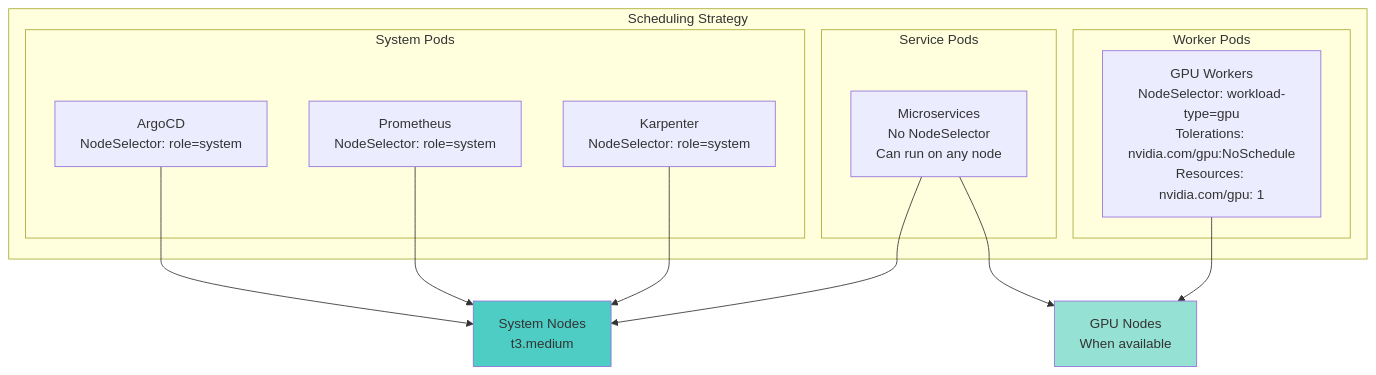
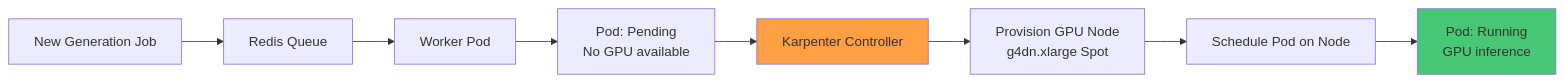
Before and after one commit to Pinksea-AI/InvokeAI: the sixth of 15 diagrams in docs/final-architecture/01-aws-architecture-diagram.md, drawn with Mermaid. The commit also changed other lines of this file, not shown here.

First line of the commit message:
fix: Simplify Mermaid diagrams in AWS architecture document

````diff
--- a/docs/final-architecture/01-aws-architecture-diagram.md
+++ b/docs/final-architecture/01-aws-architecture-diagram.md
@@ -384,30 +267,13 @@
 ```mermaid
-graph TB
-    subgraph "Scheduling Strategy"
-        subgraph "System Pods"
-            SP1[ArgoCD<br/>NodeSelector: role=system]
-            SP2[Prometheus<br/>NodeSelector: role=system]
-            SP3[Karpenter<br/>NodeSelector: role=system]
-        end
+graph LR
+    Job[New Generation Job] --> Queue[Redis Queue]
+    Queue --> Worker[Worker Pod]
+    Worker --> Pending[Pod: Pending<br/>No GPU available]
+    Pending --> Karpenter[Karpenter Controller]
+    Karpenter --> Provision[Provision GPU Node<br/>g4dn.xlarge Spot]
+    Provision --> Schedule[Schedule Pod on Node]
+    Schedule --> Running[Pod: Running<br/>GPU inference]
 
-        subgraph "Service Pods"
-            ServPods[Microservices<br/>No NodeSelector<br/>Can run on any node]
-        end
-
-        subgraph "Worker Pods"
-            WorkerPods[GPU Workers<br/>NodeSelector: workload-type=gpu<br/>Tolerations: nvidia.com/gpu:NoSchedule<br/>Resources: nvidia.com/gpu: 1]
-        end
-    end
-
-    SP1 --> SystemNodes[System Nodes<br/>t3.medium]
-    SP2 --> SystemNodes
-    SP3 --> SystemNodes
-
-    ServPods --> SystemNodes
-    ServPods --> GPUNodes[GPU Nodes<br/>When available]
-
-    WorkerPods --> GPUNodes
-
-    style SystemNodes fill:#4ECDC4
-    style GPUNodes fill:#95E1D3
+    style Karpenter fill:#FF9F43
+    style Running fill:#48C774
 ```
````
